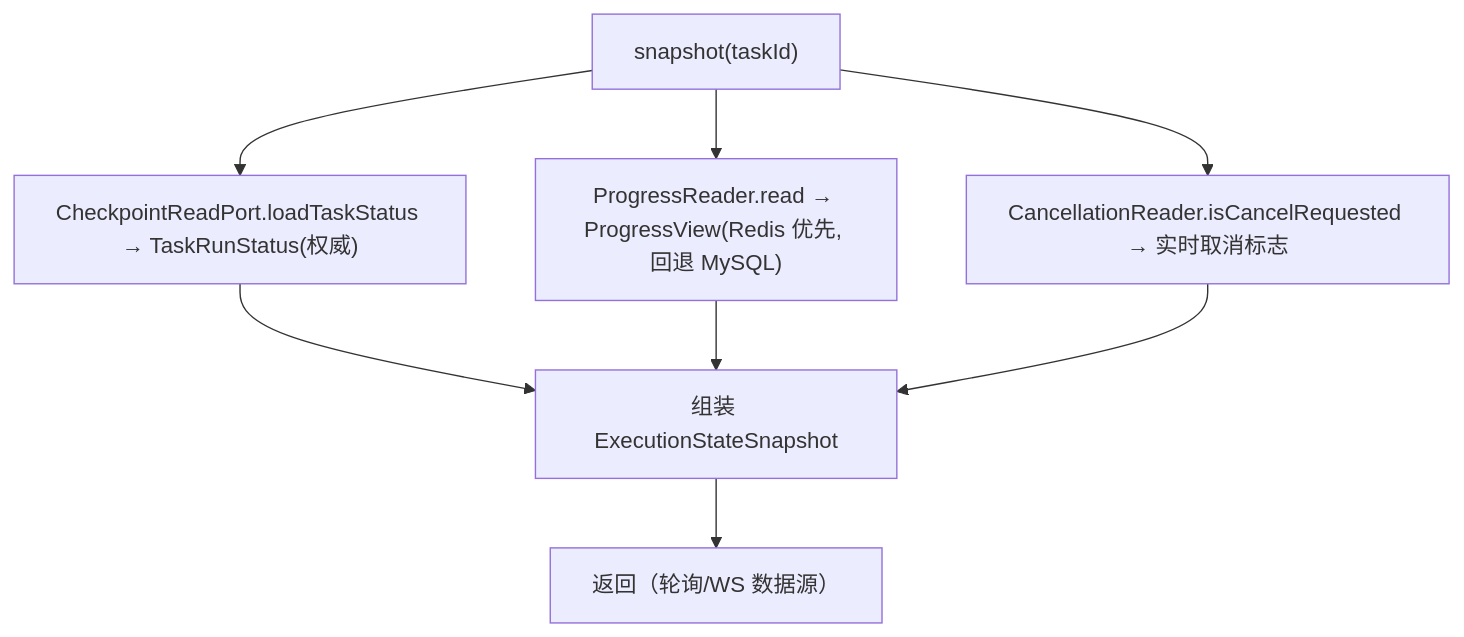
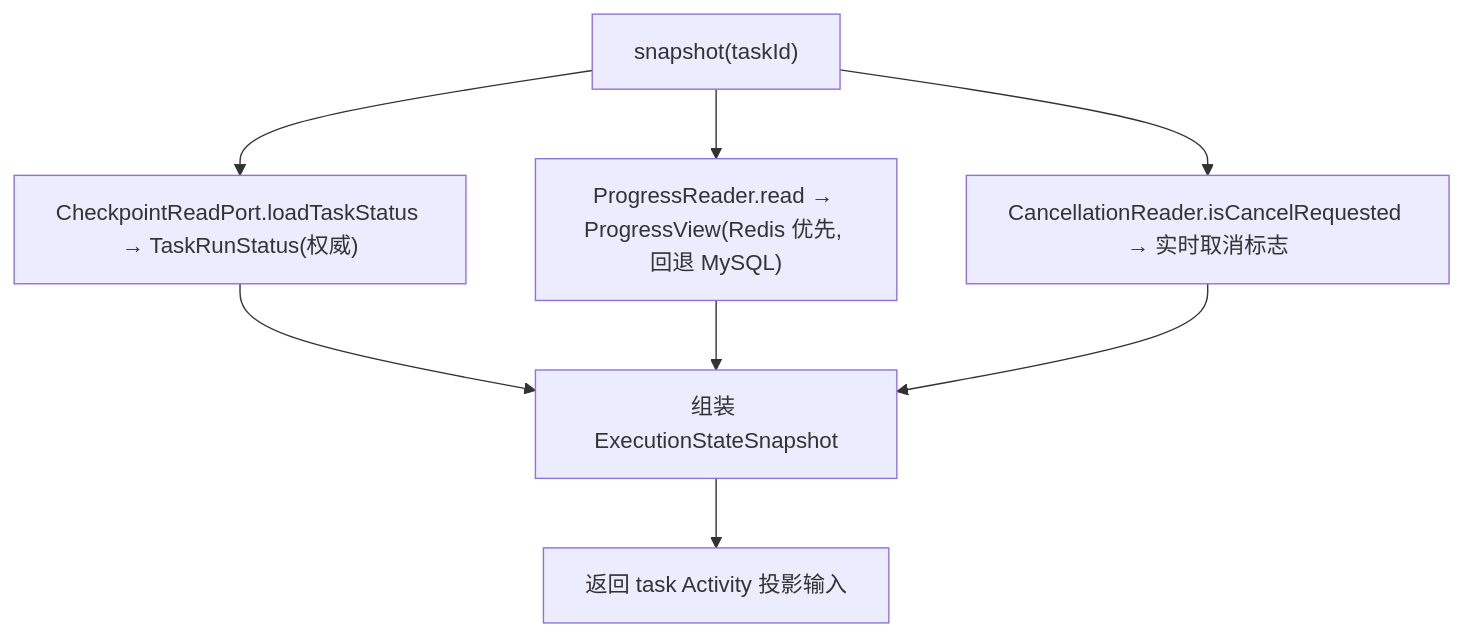
One commit to EtherealStar/PixFlow changed the second of 2 diagrams in docs/design-docs/harness/state.md. Above: the diagram before and after it, drawn with Mermaid. The commit also changed other lines of this file and 62 other files, not shown here.

Commit message:
docs: align architecture, ADRs, and execution plans

````diff
--- a/docs/design-docs/harness/state.md
+++ b/docs/design-docs/harness/state.md
@@ -351,10 +352,10 @@
 ```mermaid
 flowchart TD
   In["snapshot(taskId)"] --> St["CheckpointReadPort.loadTaskStatus → TaskRunStatus(权威)"]
   In --> Pg["ProgressReader.read → ProgressView(Redis 优先, 回退 MySQL)"]
   In --> Cx["CancellationReader.isCancelRequested → 实时取消标志"]
   St --> Asm["组装 ExecutionStateSnapshot"]
   Pg --> Asm
   Cx --> Asm
-  Asm --> Out["返回（轮询/WS 数据源）"]
+  Asm --> Out["返回 task Activity 投影输入"]
 ```
````
